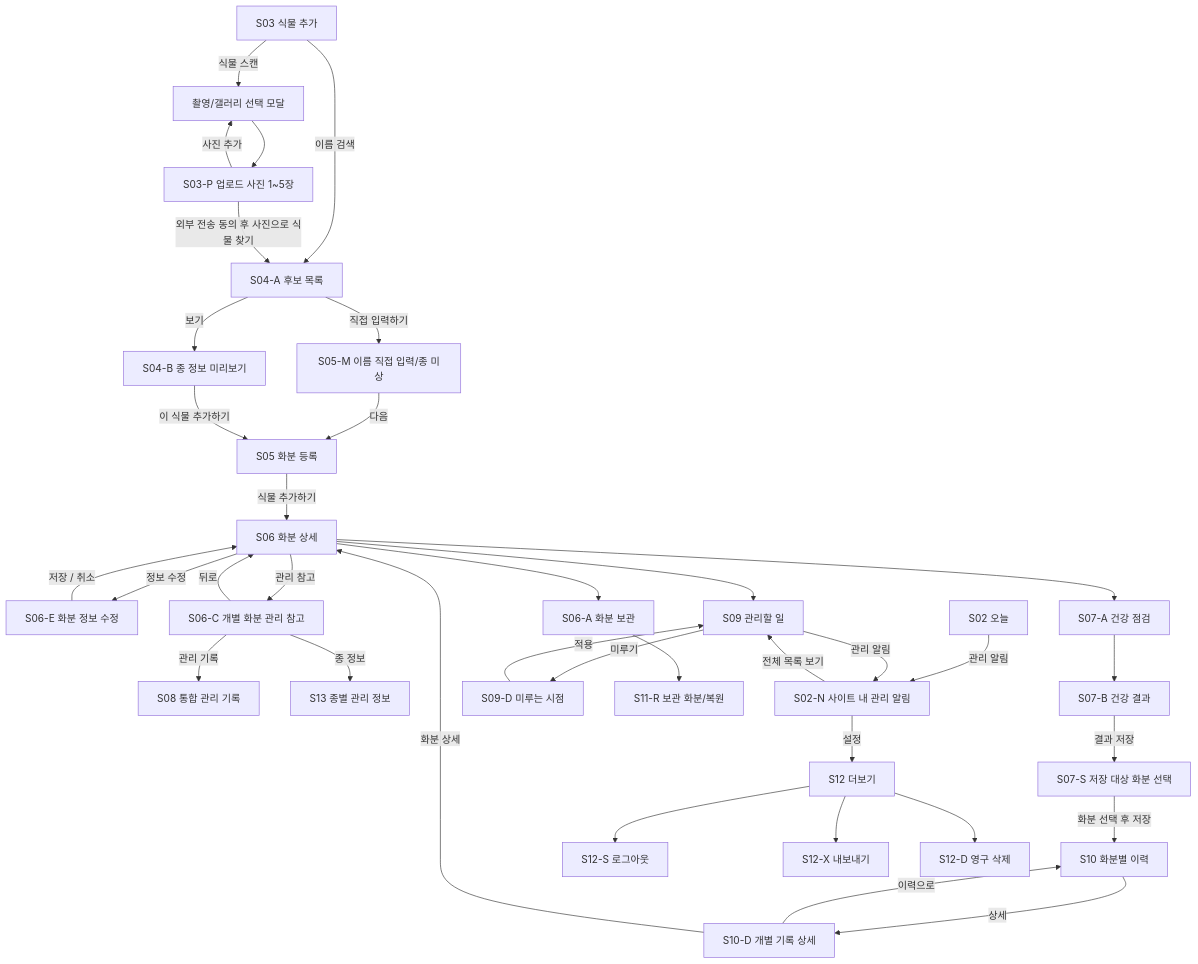
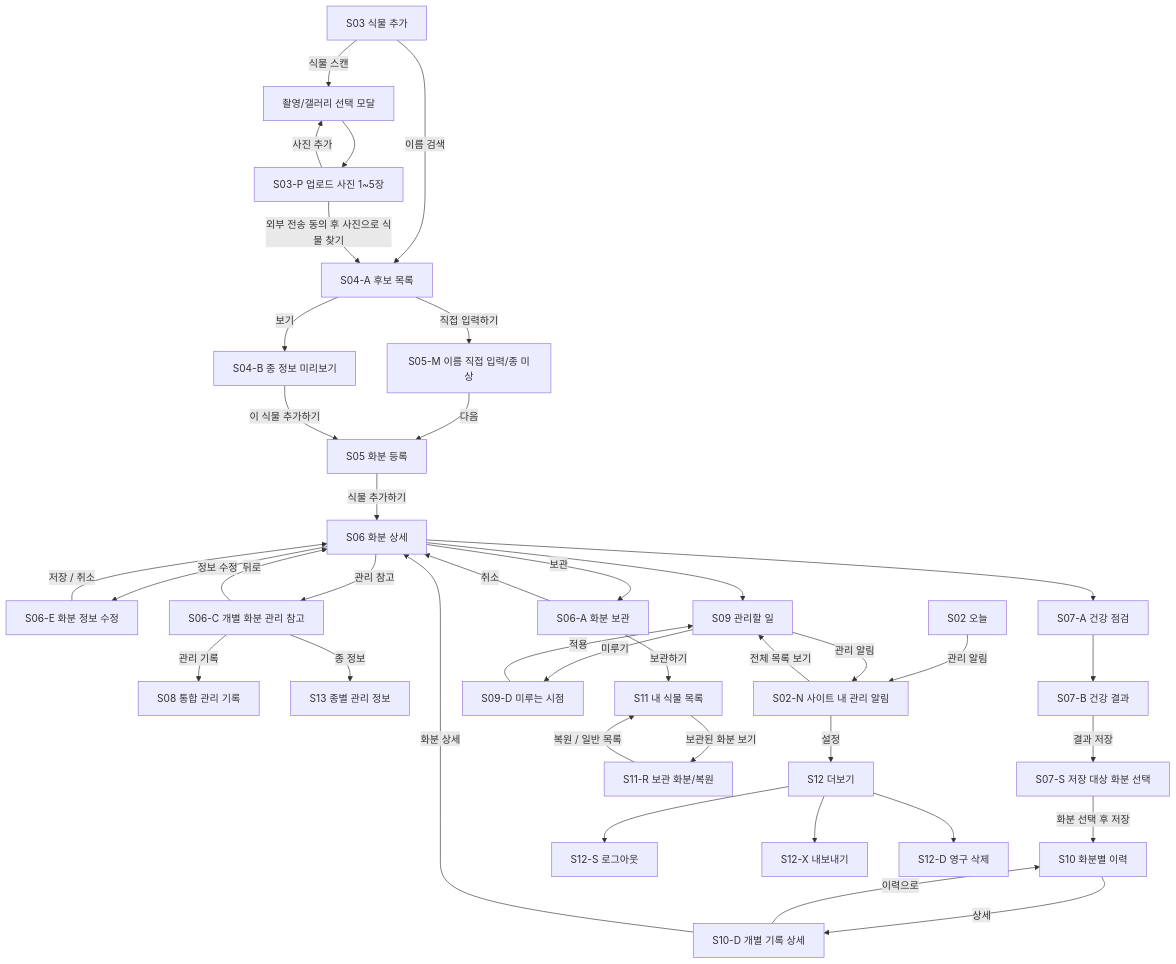
Before and after one commit to skiiilee/die-no-more: the diagram in docs/stage2/05-pc-mo-wireframe-snapshot.md, drawn with Mermaid.

Commit message:
docs(stage2): correct archive and restore navigation per PR review

````diff
--- a/docs/stage2/05-pc-mo-wireframe-snapshot.md
+++ b/docs/stage2/05-pc-mo-wireframe-snapshot.md
@@ -65,38 +65,41 @@
 ```mermaid
 flowchart TD
  S03["S03 식물 추가"] -->|이름 검색| S04A["S04-A 후보 목록"]
  S03 -->|"식물 스캔"| MODAL["촬영/갤러리 선택 모달"]
  MODAL --> S03P["S03-P 업로드 사진 1~5장"]
  S03P -->|"사진 추가"| MODAL
  S03P -->|"외부 전송 동의 후 사진으로 식물 찾기"| S04A
  S04A -->|"보기"| S04B["S04-B 종 정보 미리보기"]
  S04A -->|"직접 입력하기"| S05M["S05-M 이름 직접 입력/종 미상"]
  S05M -->|"다음"| S05["S05 화분 등록"]
  S04B -->|"이 식물 추가하기"| S05
  S05 -->|"식물 추가하기"| S06["S06 화분 상세"]
  S06 -->|"정보 수정"| S06E["S06-E 화분 정보 수정"]
  S06E -->|"저장 / 취소"| S06
  S06 -->|"관리 참고"| S06C["S06-C 개별 화분 관리 참고"]
  S06C -->|"뒤로"| S06
  S06C -->|"관리 기록"| S08["S08 통합 관리 기록"]
  S06C -->|"종 정보"| S13["S13 종별 관리 정보"]
  S06 --> S07A["S07-A 건강 점검"]
  S07A --> S07B["S07-B 건강 결과"]
  S07B -->|"결과 저장"| S07S["S07-S 저장 대상 화분 선택"]
  S07S -->|"화분 선택 후 저장"| S10["S10 화분별 이력"]
  S10 -->|"상세"| S10D["S10-D 개별 기록 상세"]
  S10D -->|"이력으로"| S10
  S10D -->|"화분 상세"| S06
  S06 --> S09["S09 관리할 일"]
  S09 -->|"미루기"| S09D["S09-D 미루는 시점"]
  S09D -->|"적용"| S09
- S06 --> S06A["S06-A 화분 보관"]
- S06A --> S11R["S11-R 보관 화분/복원"]
+ S06 -->|"보관"| S06A["S06-A 화분 보관"]
+ S06A -->|"보관하기"| S11["S11 내 식물 목록"]
+ S06A -->|"취소"| S06
+ S11 -->|"보관된 화분 보기"| S11R["S11-R 보관 화분/복원"]
+ S11R -->|"복원 / 일반 목록"| S11
  S02["S02 오늘"] -->|"관리 알림"| S02N["S02-N 사이트 내 관리 알림"]
  S09 -->|"관리 알림"| S02N
  S02N -->|"전체 목록 보기"| S09
  S02N -->|"설정"| S12["S12 더보기"]
  S12 --> S12S["S12-S 로그아웃"]
  S12 --> S12X["S12-X 내보내기"]
  S12 --> S12D["S12-D 영구 삭제"]
 ```
````
